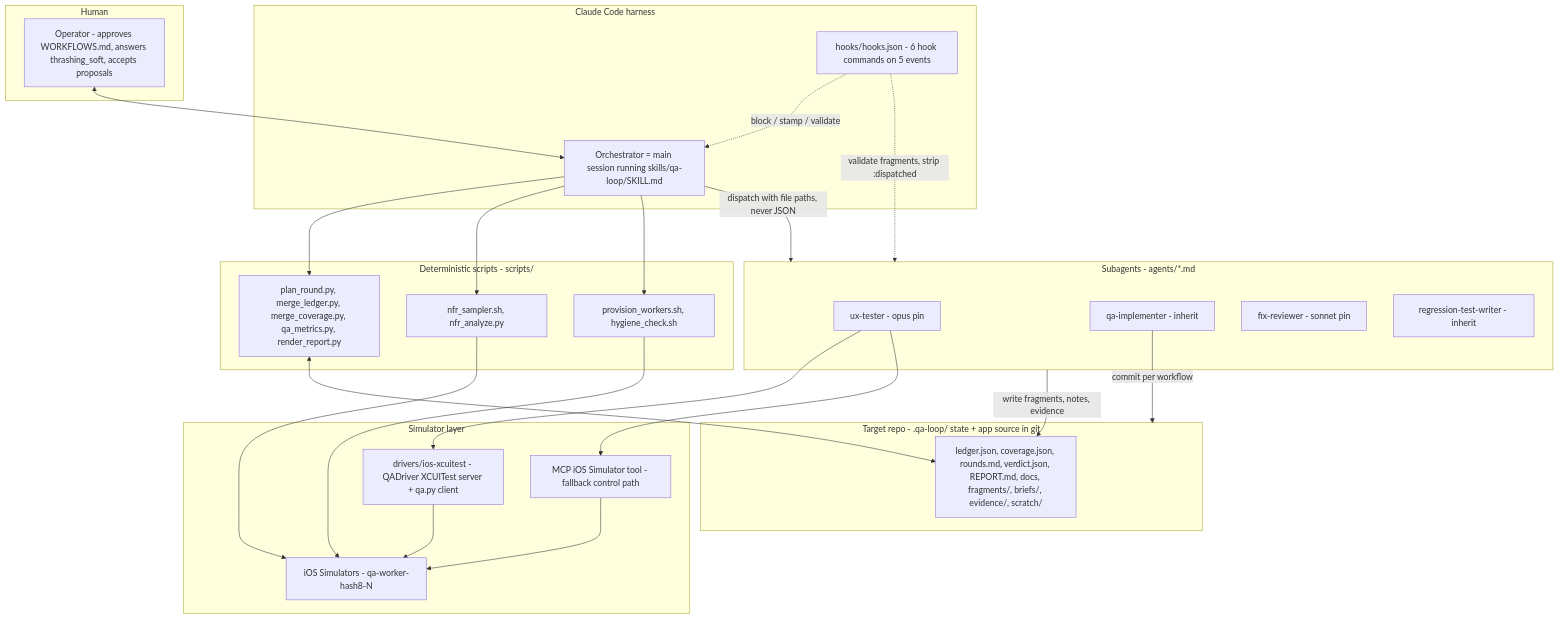
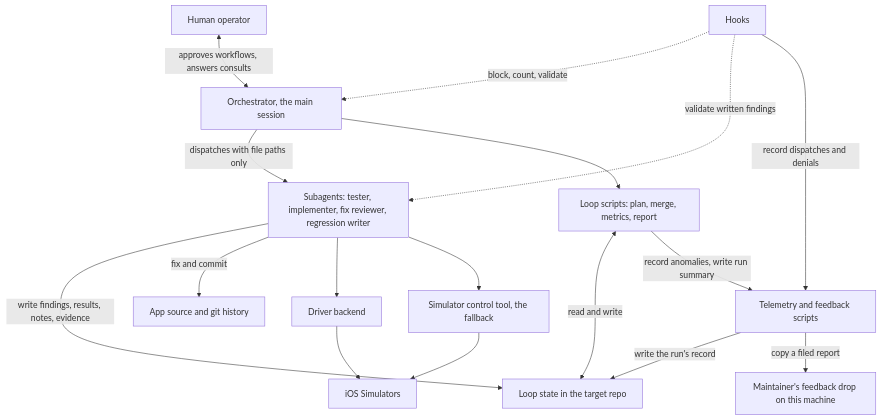
One commit to peterlit/quiller-claude-plugins changed the first of 33 diagrams in docs/architecture/qa-loop-tools.md. Above: the diagram before and after it, drawn with Mermaid. The commit also changed other lines of this file and 5 other files, not shown here.

````diff
--- a/docs/architecture/qa-loop-tools.md
+++ b/docs/architecture/qa-loop-tools.md
@@ -26,45 +31,31 @@
 ```mermaid
 flowchart TB
-    subgraph HUMAN["Human"]
-        H["Operator - approves WORKFLOWS.md, answers thrashing_soft, accepts proposals"]
-    end
-    subgraph HARNESS["Claude Code harness"]
-        HK["hooks/hooks.json - 6 hook commands on 5 events"]
-        ORCH["Orchestrator = main session running skills/qa-loop/SKILL.md"]
-    end
-    subgraph AGENTS["Subagents - agents/*.md"]
-        UT["ux-tester - opus pin"]
-        QI["qa-implementer - inherit"]
-        FR["fix-reviewer - sonnet pin"]
-        RW["regression-test-writer - inherit"]
-    end
-    subgraph SCRIPTS["Deterministic scripts - scripts/"]
-        PL["plan_round.py, merge_ledger.py, merge_coverage.py, qa_metrics.py, render_report.py"]
-        NFR["nfr_sampler.sh, nfr_analyze.py"]
-        PW["provision_workers.sh, hygiene_check.sh"]
-    end
-    subgraph STATE["Target repo - .qa-loop/ state + app source in git"]
-        LS["ledger.json, coverage.json, rounds.md, verdict.json, REPORT.md, docs, fragments/, briefs/, evidence/, scratch/"]
-    end
-    subgraph DEVICE["Simulator layer"]
-        SIM["iOS Simulators - qa-worker-hash8-N"]
-        DRV["drivers/ios-xcuitest - QADriver XCUITest server + qa.py client"]
-        MCP["MCP iOS Simulator tool - fallback control path"]
-    end
-    H <--> ORCH
-    HK -. "block / stamp / validate" .-> ORCH
-    HK -. "validate fragments, strip :dispatched" .-> AGENTS
-    ORCH --> PL
-    ORCH --> NFR
-    ORCH --> PW
-    ORCH -- "dispatch with file paths, never JSON" --> AGENTS
-    PL <--> LS
-    AGENTS -- "write fragments, notes, evidence" --> LS
-    QI -- "commit per workflow" --> STATE
-    UT --> DRV
-    UT --> MCP
+    H["Human operator"]
+    O["Orchestrator, the main session"]
+    HK["Hooks"]
+    AG["Subagents: tester, implementer, fix reviewer, regression writer"]
+    LS["Loop scripts: plan, merge, metrics, report"]
+    TF["Telemetry and feedback scripts"]
+    ST["Loop state in the target repo"]
+    GIT["App source and git history"]
+    SIM["iOS Simulators"]
+    DRV["Driver backend"]
+    MCP["Simulator control tool, the fallback"]
+    DROP["Maintainer's feedback drop on this machine"]
+    H <-->|"approves workflows, answers consults"| O
+    HK -.->|"block, count, validate"| O
+    HK -.->|"validate written findings"| AG
+    O -->|"dispatches with file paths only"| AG
+    O --> LS
+    LS <-->|"read and write"| ST
+    AG -->|"write findings, results, notes, evidence"| ST
+    AG -->|"fix and commit"| GIT
+    AG --> DRV
+    AG --> MCP
     DRV --> SIM
     MCP --> SIM
-    PW --> SIM
-    NFR --> SIM
+    HK -->|"record dispatches and denials"| TF
+    LS -->|"record anomalies, write run summary"| TF
+    TF -->|"write the run's record"| ST
+    TF -->|"copy a filed report"| DROP
 ```
````
